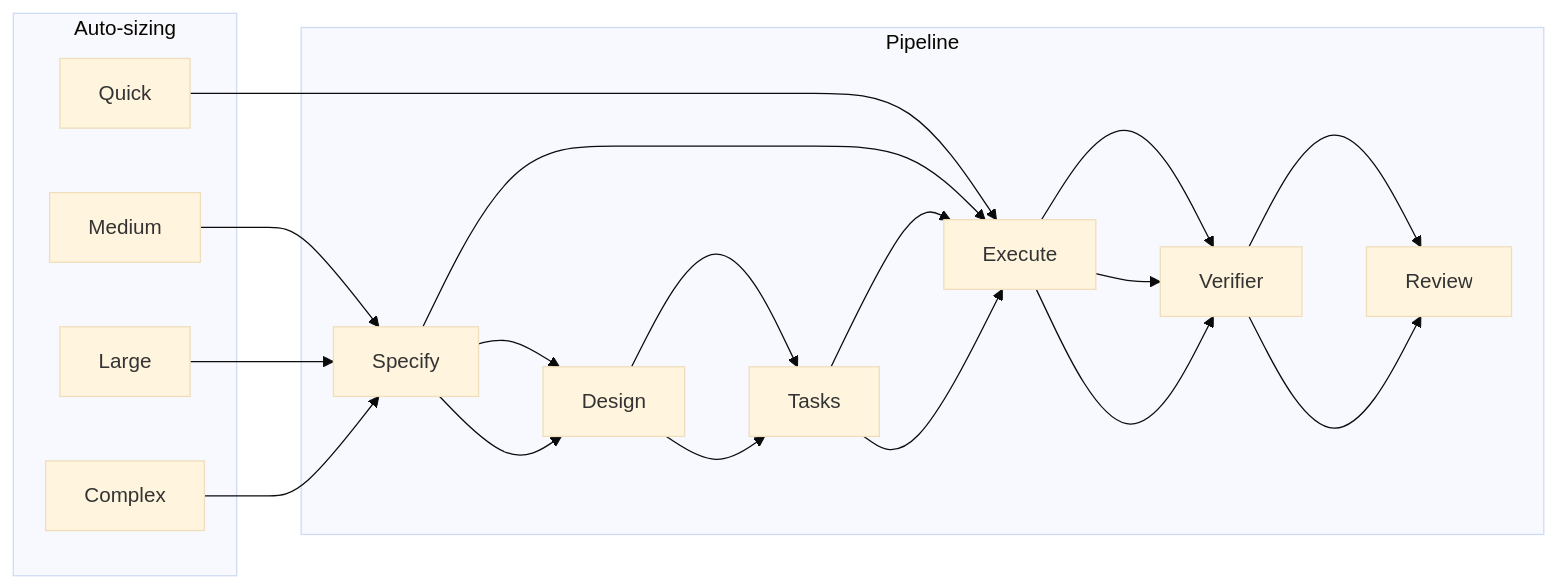
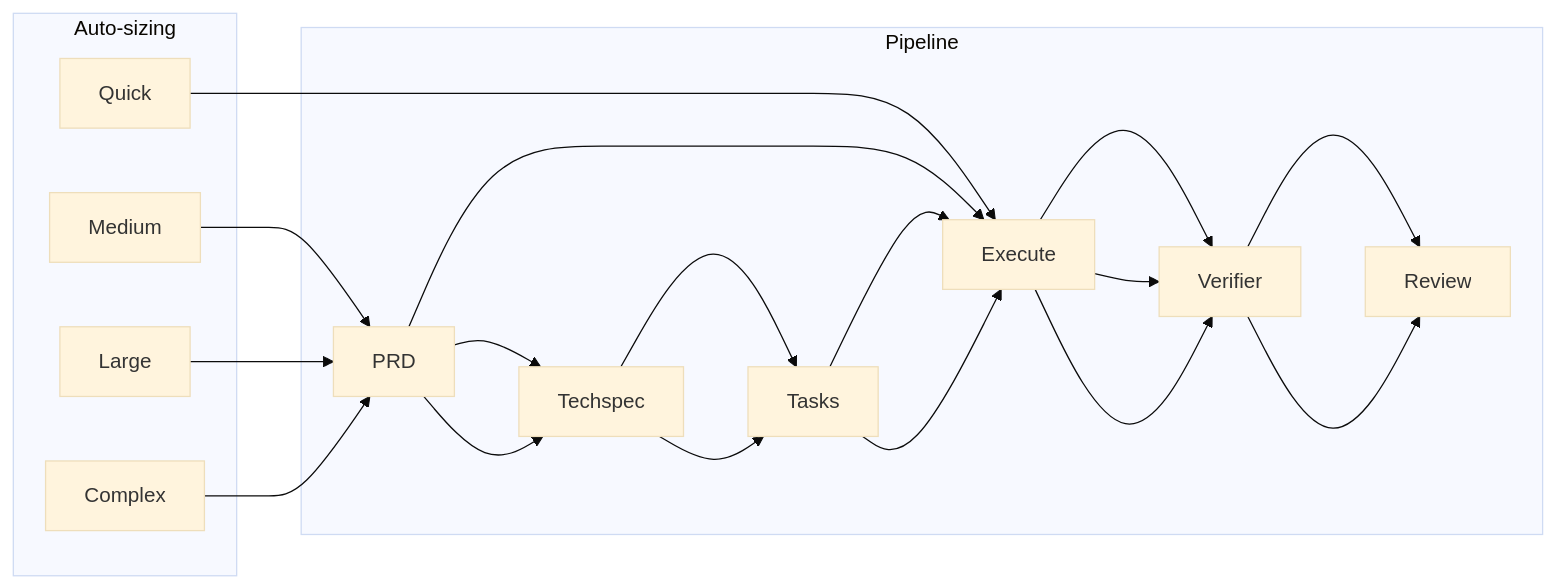
The first of 2 diagrams in pulse/skills/pulse-spec-driven/references/architecture.md (Largo-m/pulse.ai), drawn with Mermaid (base theme) before and after one commit. The commit also changed other lines of this file and 102 other files, not shown here.

First line of the commit message:
refactor(agents): renomear specify -> PRD e design -> Techspec

````diff
--- a/pulse/skills/pulse-spec-driven/references/architecture.md
+++ b/pulse/skills/pulse-spec-driven/references/architecture.md
@@ -5,23 +5,23 @@
 ```mermaid
 flowchart LR
   subgraph sizing [Auto-sizing]
     Q[Quick]
     M[Medium]
     L[Large]
     C[Complex]
   end
 
   subgraph phases [Pipeline]
-    S[Specify]
-    D[Design]
+    S[PRD]
+    D[Techspec]
     T[Tasks]
     E[Execute]
     V[Verifier]
     R[Review]
   end
 
   Q --> E
   M --> S --> E --> V
   L --> S --> D --> T --> E --> V --> R
   C --> S --> D --> T --> E --> V --> R
 ```
````
